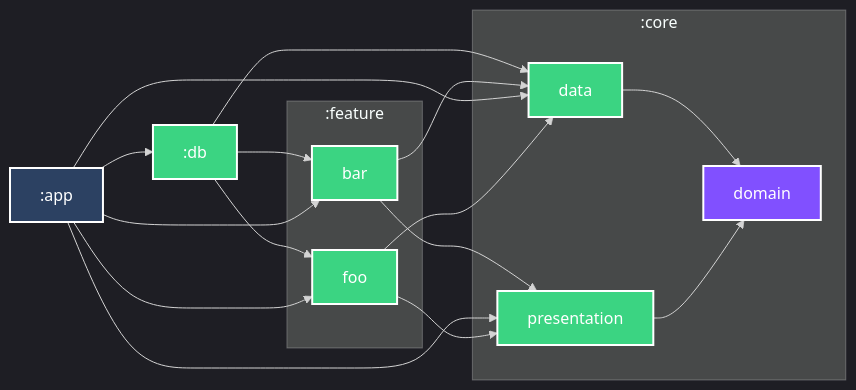
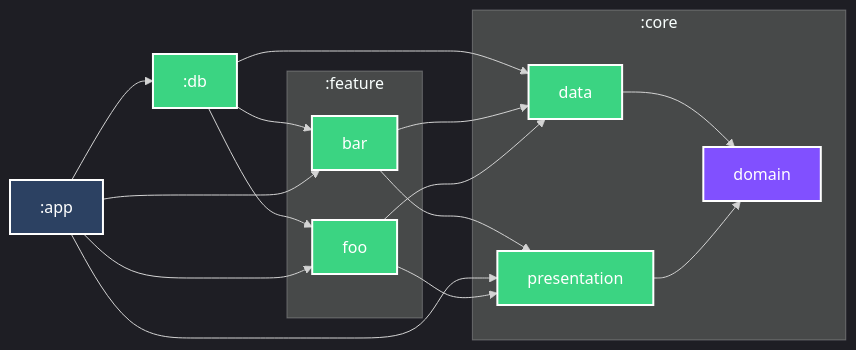
The diagram in GRAPH.md (TheAlisher/Boilerplate-Android), drawn with Mermaid before and after one commit.

````diff
--- a/GRAPH.md
+++ b/GRAPH.md
@@ -3,43 +3,42 @@
 ```mermaid
 %%{
   init: {
     'theme': 'dark'
   }
 }%%
 
 graph LR
   subgraph :core
     :core:data["data"]
     :core:domain["domain"]
     :core:presentation["presentation"]
   end
   subgraph :feature
     :feature:foo["foo"]
     :feature:bar["bar"]
   end
   :core:data --> :core:domain
   :core:presentation --> :core:domain
   :db --> :core:data
   :db --> :feature:foo
   :db --> :feature:bar
   :feature:bar --> :core:data
   :feature:bar --> :core:presentation
-  :app --> :core:data
   :app --> :core:presentation
   :app --> :db
   :app --> :feature:foo
   :app --> :feature:bar
   :feature:foo --> :core:data
   :feature:foo --> :core:presentation
 
 classDef android-library fill:#3BD482,stroke:#fff,stroke-width:2px,color:#fff;
 classDef kotlin-jvm fill:#8150FF,stroke:#fff,stroke-width:2px,color:#fff;
 classDef android-application fill:#2C4162,stroke:#fff,stroke-width:2px,color:#fff;
 class :core:data android-library
 class :core:domain kotlin-jvm
 class :core:presentation android-library
 class :db android-library
 class :feature:foo android-library
 class :feature:bar android-library
 class :app android-application
 ```
````
